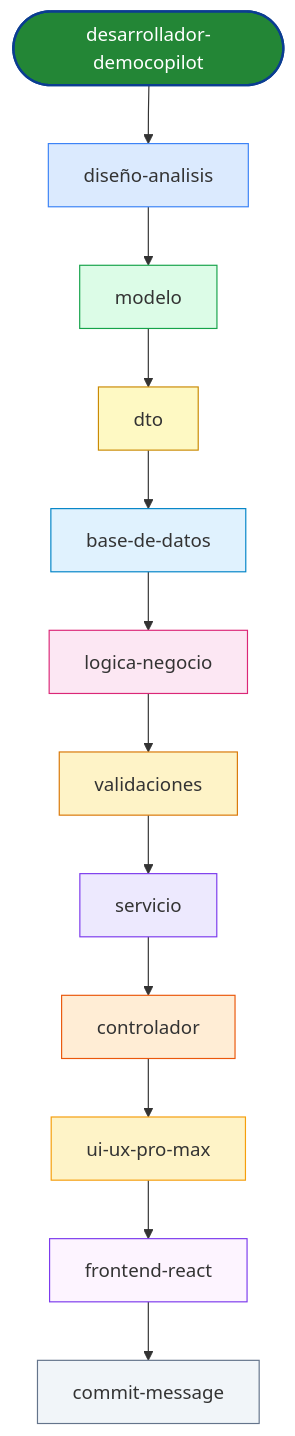
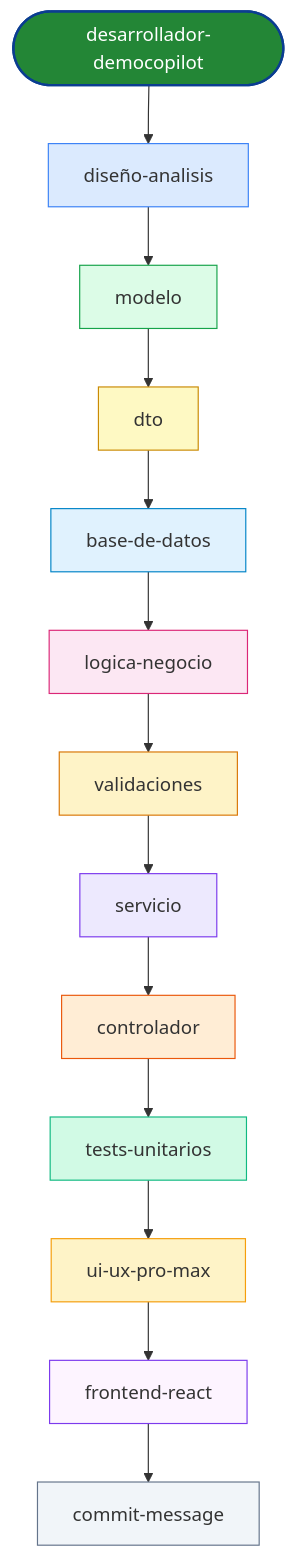
Before and after one commit to hispafox/DemoCopilot: the second of 8 diagrams in docs/skills-orquestacion.md, drawn with Mermaid. The commit also changed other lines of this file and 21 other files, not shown here.

````diff
--- a/docs/skills-orquestacion.md
+++ b/docs/skills-orquestacion.md
@@ -88,41 +90,44 @@
 ```mermaid
 flowchart TD
     DEV([desarrollador-democopilot])
 
     DA[diseño-analisis]
     M[modelo]
     DTO[dto]
     BD[base-de-datos]
     LN[logica-negocio]
     VA[validaciones]
     SV[servicio]
     CT[controlador]
+    TU[tests-unitarios]
     UX[ui-ux-pro-max]
     FR[frontend-react]
     CM[commit-message]
 
     DEV --> DA
     DA --> M
     M --> DTO
     DTO --> BD
     BD --> LN
     LN --> VA
     VA --> SV
     SV --> CT
-    CT --> UX
+    CT --> TU
+    TU --> UX
     UX --> FR
     FR --> CM
 
     style DEV fill:#238636,color:#fff,stroke:#0b3d91,stroke-width:2px
     style DA fill:#dbeafe,stroke:#3b82f6
     style M  fill:#dcfce7,stroke:#16a34a
     style DTO fill:#fef9c3,stroke:#ca8a04
     style BD fill:#e0f2fe,stroke:#0284c7
     style LN fill:#fce7f3,stroke:#db2777
     style VA fill:#fef3c7,stroke:#d97706
     style SV fill:#ede9fe,stroke:#7c3aed
     style CT fill:#ffedd5,stroke:#ea580c
+    style TU fill:#d1fae5,stroke:#10b981
     style UX fill:#fef3c7,stroke:#f59e0b
     style FR fill:#fdf4ff,stroke:#7c3aed
     style CM fill:#f1f5f9,stroke:#64748b
 ```
````
